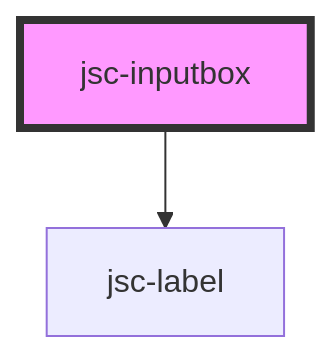
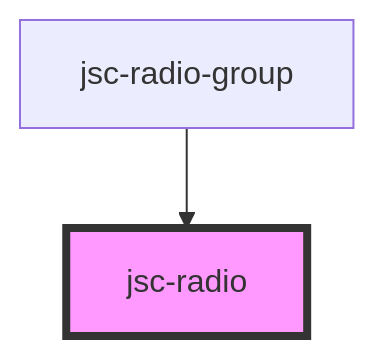
Before and after one commit to Jaseci-Labs/jaseci: the diagram in jaseci_ui_kit/components/src/components/jsc-radio/readme.md, drawn with Mermaid. The commit also changed other lines of this file and 59 other files, not shown here.

````diff
--- a/jaseci_ui_kit/components/src/components/jsc-radio/readme.md
+++ b/jaseci_ui_kit/components/src/components/jsc-radio/readme.md
@@ -36,5 +39,5 @@
 ```mermaid
 graph TD;
-  jsc-inputbox --> jsc-label
-  style jsc-inputbox fill:#f9f,stroke:#333,stroke-width:4px
+  jsc-radio-group --> jsc-radio
+  style jsc-radio fill:#f9f,stroke:#333,stroke-width:4px
 ```
````
